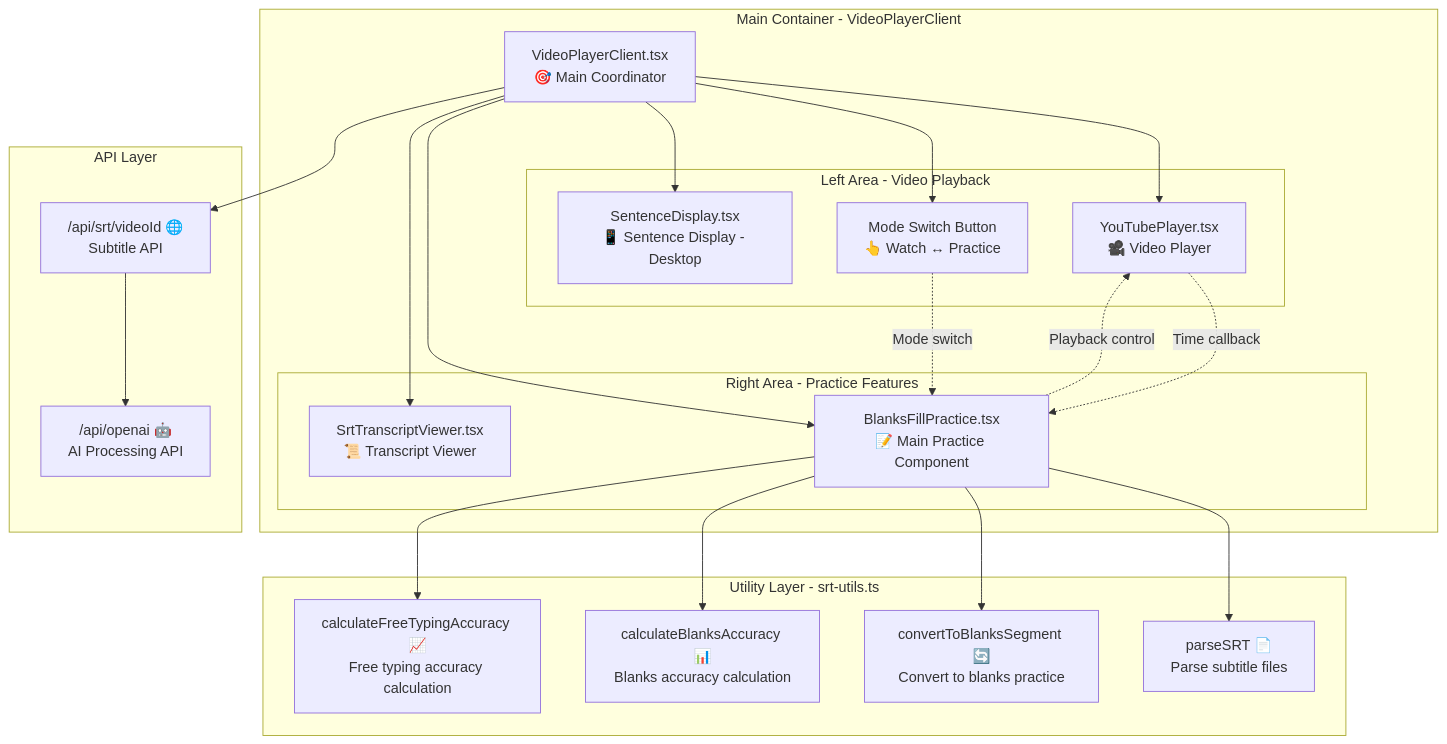
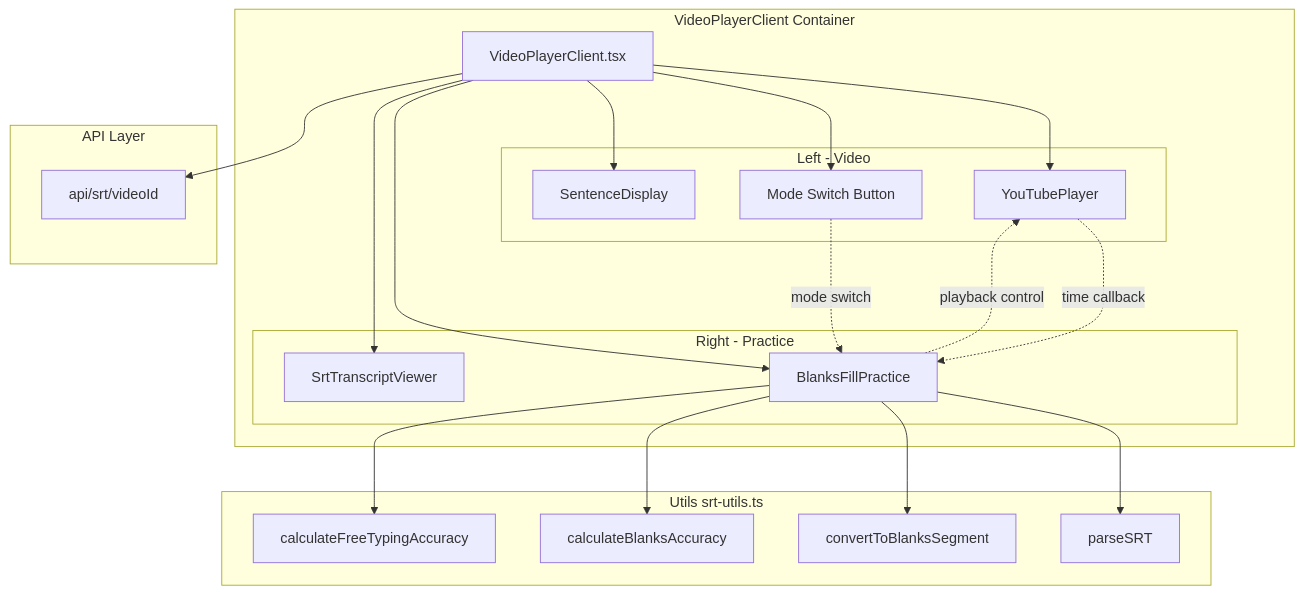
Before and after one commit to crazycjh/language-learning-transcribe: the first of 3 diagrams in docs/DICTATION_COMPONENTS_DIAGRAM_EN.md, drawn with Mermaid. The commit also changed other lines of this file and 7 other files, not shown here.

````diff
--- a/docs/DICTATION_COMPONENTS_DIAGRAM_EN.md
+++ b/docs/DICTATION_COMPONENTS_DIAGRAM_EN.md
@@ -5,47 +7,45 @@
 ```mermaid
 graph TB
-    subgraph "Main Container - VideoPlayerClient"
-        VPC[VideoPlayerClient.tsx<br/>🎯 Main Coordinator]
+    subgraph "VideoPlayerClient Container"
+        VPC[VideoPlayerClient.tsx]
         
-        subgraph "Left Area - Video Playback"
-            YTP[YouTubePlayer.tsx<br/>🎥 Video Player]
-            MODE[Mode Switch Button<br/>👆 Watch ↔ Practice]
-            SD[SentenceDisplay.tsx<br/>📱 Sentence Display - Desktop]
+        subgraph "Left - Video"
+            YTP[YouTubePlayer]
+            MODE[Mode Switch Button]
+            SD[SentenceDisplay]
         end
         
-        subgraph "Right Area - Practice Features"
-            BFP[BlanksFillPractice.tsx<br/>📝 Main Practice Component]
-            STV[SrtTranscriptViewer.tsx<br/>📜 Transcript Viewer]
+        subgraph "Right - Practice"
+            BFP[BlanksFillPractice]
+            STV[SrtTranscriptViewer]
         end
     end
     
-    subgraph "Utility Layer - srt-utils.ts"
-        PARSE[parseSRT 📄<br/>Parse subtitle files]
-        CONVERT[convertToBlanksSegment 🔄<br/>Convert to blanks practice]
-        CALC1[calculateBlanksAccuracy 📊<br/>Blanks accuracy calculation]
-        CALC2[calculateFreeTypingAccuracy 📈<br/>Free typing accuracy calculation]
+    subgraph "Utils srt-utils.ts"
+        PARSE[parseSRT]
+        CONVERT[convertToBlanksSegment]
+        CALC1[calculateBlanksAccuracy]
+        CALC2[calculateFreeTypingAccuracy]
     end
     
     subgraph "API Layer"
-        API["/api/srt/videoId 🌐<br/>Subtitle API"]
-        OPENAI["/api/openai 🤖<br/>AI Processing API"]
+        API["api/srt/videoId"]
     end
     
     VPC --> YTP
     VPC --> MODE
     VPC --> SD
     VPC --> BFP
     VPC --> STV
     
     BFP --> PARSE
     BFP --> CONVERT
     BFP --> CALC1
     BFP --> CALC2
     
     VPC --> API
-    API --> OPENAI
     
-    YTP -.->|Time callback| BFP
-    MODE -.->|Mode switch| BFP
-    BFP -.->|Playback control| YTP
+    YTP -.->|time callback| BFP
+    MODE -.->|mode switch| BFP
+    BFP -.->|playback control| YTP
 ```
````
